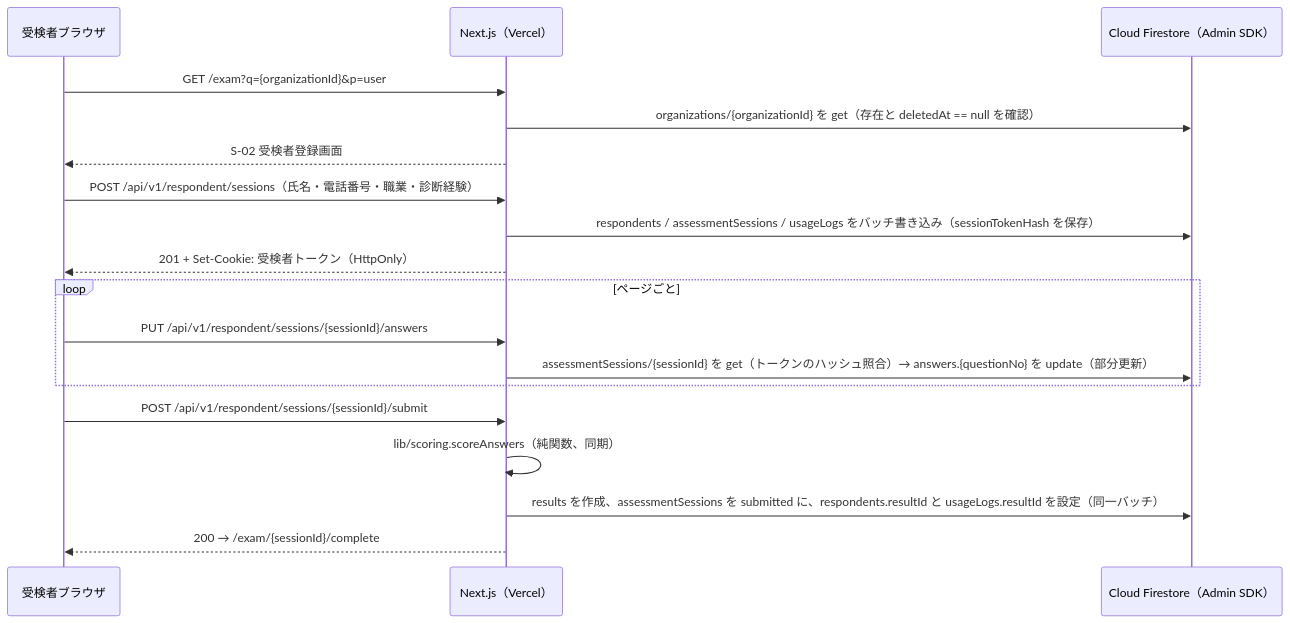
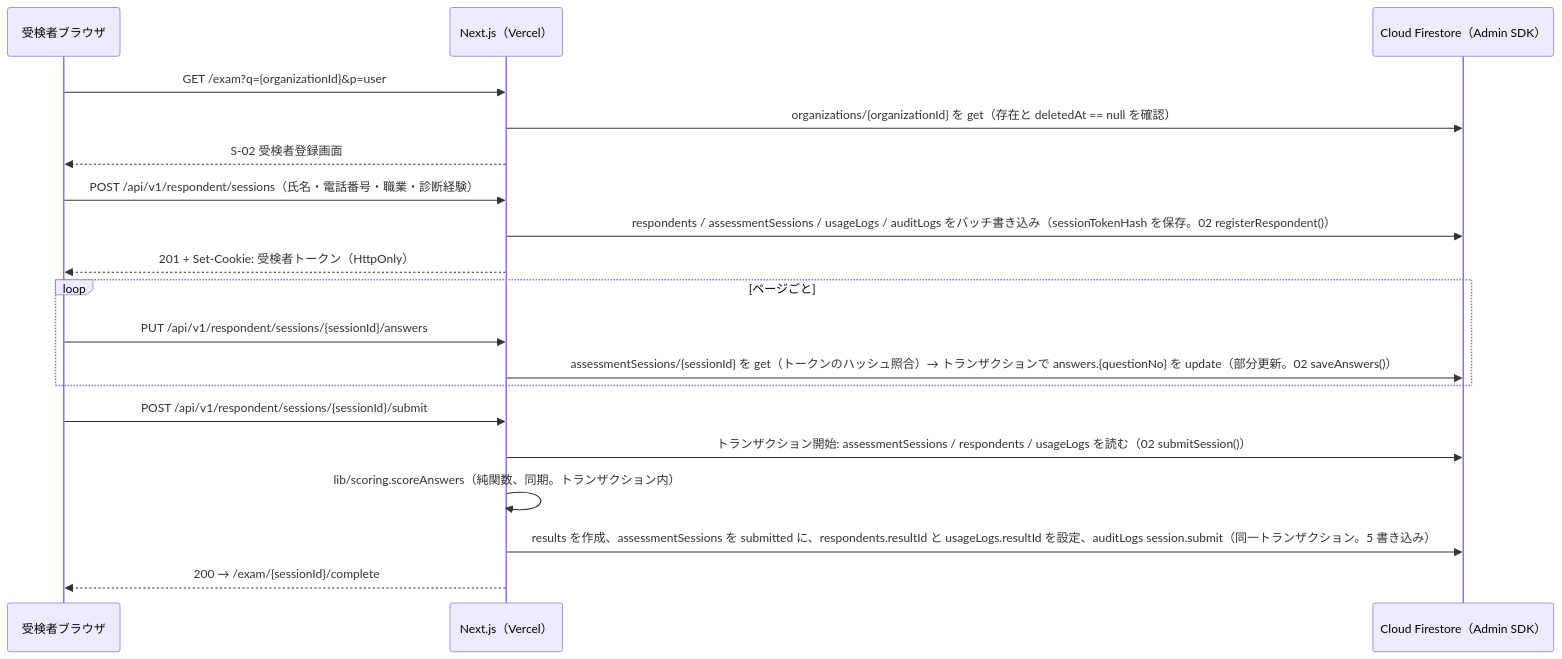
The second of 7 diagrams in docs/基本設計/01_システム構成.md (tanukichiyamaguchi/Tekisei-Kensa), drawn with Mermaid before and after one commit. The commit also changed other lines of this file and 10 other files, not shown here.

````diff
--- a/docs/基本設計/01_システム構成.md
+++ b/docs/基本設計/01_システム構成.md
@@ -130,20 +130,21 @@
 ```mermaid
 sequenceDiagram
     participant R as 受検者ブラウザ
     participant N as Next.js（Vercel）
     participant FS as Cloud Firestore（Admin SDK）
     R->>N: GET /exam?q={organizationId}&p=user
     N->>FS: organizations/{organizationId} を get（存在と deletedAt == null を確認）
     N-->>R: S-02 受検者登録画面
     R->>N: POST /api/v1/respondent/sessions（氏名・電話番号・職業・診断経験）
-    N->>FS: respondents / assessmentSessions / usageLogs をバッチ書き込み（sessionTokenHash を保存）
+    N->>FS: respondents / assessmentSessions / usageLogs / auditLogs をバッチ書き込み（sessionTokenHash を保存。02 registerRespondent()）
     N-->>R: 201 + Set-Cookie: 受検者トークン（HttpOnly）
     loop ページごと
         R->>N: PUT /api/v1/respondent/sessions/{sessionId}/answers
-        N->>FS: assessmentSessions/{sessionId} を get（トークンのハッシュ照合）→ answers.{questionNo} を update（部分更新）
+        N->>FS: assessmentSessions/{sessionId} を get（トークンのハッシュ照合）→ トランザクションで answers.{questionNo} を update（部分更新。02 saveAnswers()）
     end
     R->>N: POST /api/v1/respondent/sessions/{sessionId}/submit
-    N->>N: lib/scoring.scoreAnswers（純関数、同期）
-    N->>FS: results を作成、assessmentSessions を submitted に、respondents.resultId と usageLogs.resultId を設定（同一バッチ）
+    N->>FS: トランザクション開始: assessmentSessions / respondents / usageLogs を読む（02 submitSession()）
+    N->>N: lib/scoring.scoreAnswers（純関数、同期。トランザクション内）
+    N->>FS: results を作成、assessmentSessions を submitted に、respondents.resultId と usageLogs.resultId を設定、auditLogs session.submit（同一トランザクション。5 書き込み）
     N-->>R: 200 → /exam/{sessionId}/complete
 ```
````
